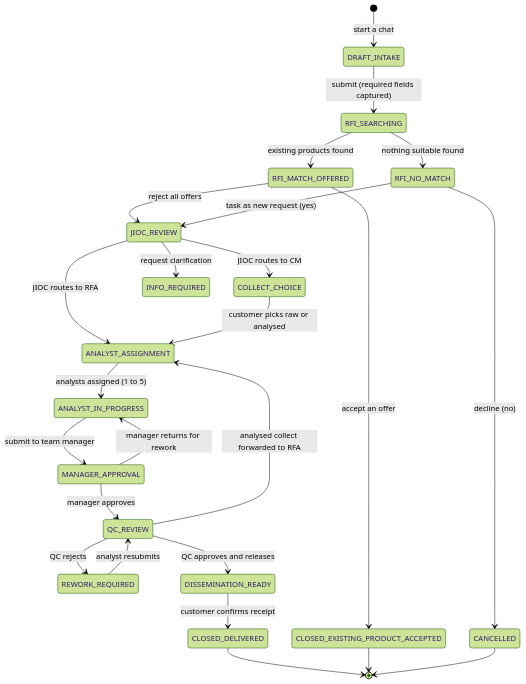
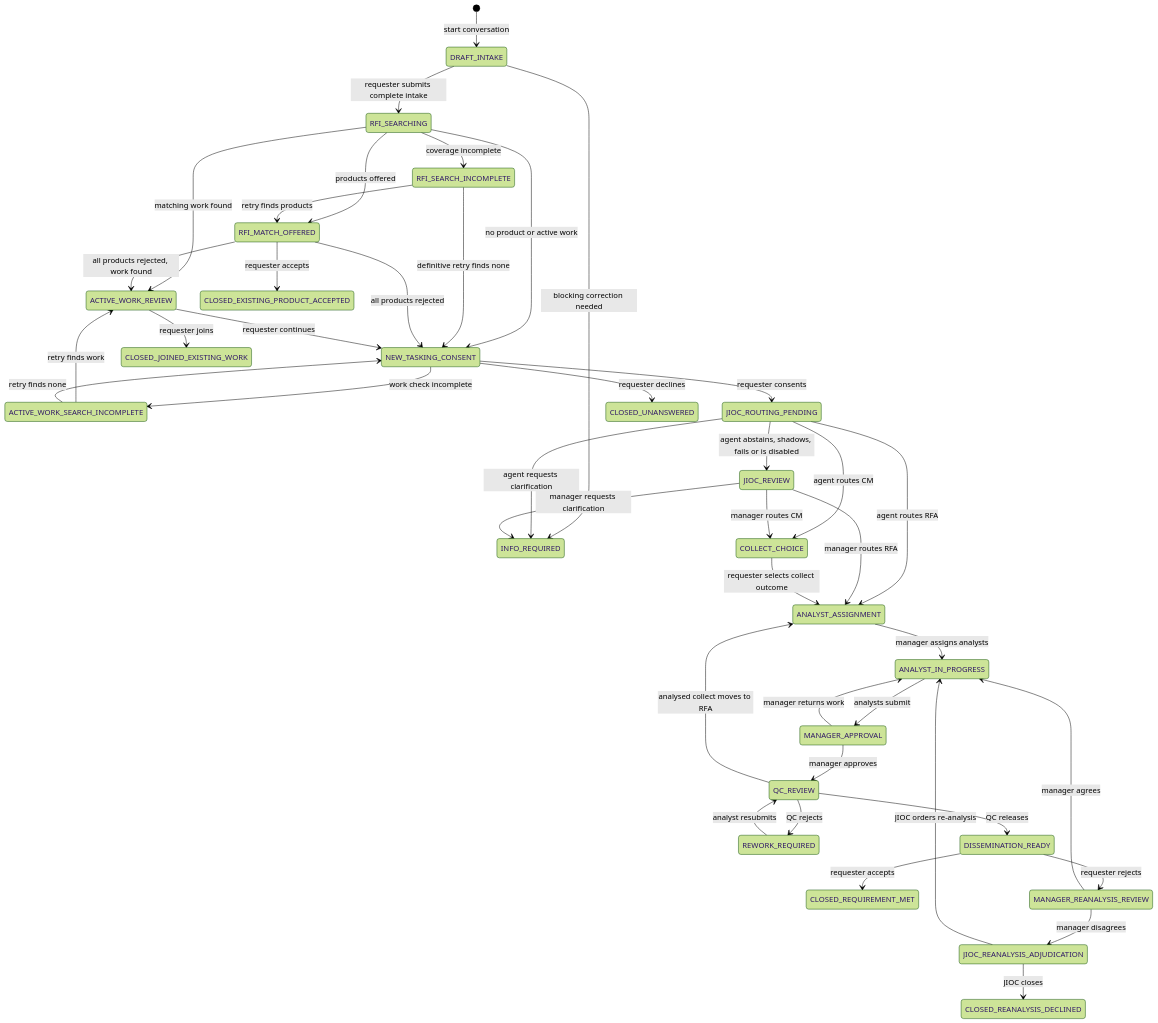
Before and after one commit to ShabalalaWATP/Coeus: the first of 3 diagrams in docs/ARCHITECTURE_WORKFLOW.md, drawn with Mermaid (forest theme). The commit also changed other lines of this file and 554 other files, not shown here.

````diff
--- a/docs/ARCHITECTURE_WORKFLOW.md
+++ b/docs/ARCHITECTURE_WORKFLOW.md
@@ -18,33 +30,49 @@
 ```mermaid
 stateDiagram-v2
-    [*] --> DRAFT_INTAKE: start a chat
-    DRAFT_INTAKE --> RFI_SEARCHING: submit (required fields captured)
-    RFI_SEARCHING --> RFI_MATCH_OFFERED: existing products found
-    RFI_SEARCHING --> RFI_NO_MATCH: nothing suitable found
+    [*] --> DRAFT_INTAKE: start conversation
+    DRAFT_INTAKE --> RFI_SEARCHING: requester submits complete intake
+    DRAFT_INTAKE --> INFO_REQUIRED: blocking correction needed
 
-    RFI_MATCH_OFFERED --> CLOSED_EXISTING_PRODUCT_ACCEPTED: accept an offer
-    RFI_MATCH_OFFERED --> JIOC_REVIEW: reject all offers
+    RFI_SEARCHING --> RFI_MATCH_OFFERED: products offered
+    RFI_SEARCHING --> RFI_SEARCH_INCOMPLETE: coverage incomplete
+    RFI_SEARCHING --> ACTIVE_WORK_REVIEW: matching work found
+    RFI_SEARCHING --> NEW_TASKING_CONSENT: no product or active work
+    RFI_SEARCH_INCOMPLETE --> RFI_MATCH_OFFERED: retry finds products
+    RFI_SEARCH_INCOMPLETE --> NEW_TASKING_CONSENT: definitive retry finds none
+    RFI_MATCH_OFFERED --> CLOSED_EXISTING_PRODUCT_ACCEPTED: requester accepts
+    RFI_MATCH_OFFERED --> ACTIVE_WORK_REVIEW: all products rejected, work found
+    RFI_MATCH_OFFERED --> NEW_TASKING_CONSENT: all products rejected
 
-    RFI_NO_MATCH --> JIOC_REVIEW: task as new request (yes)
-    RFI_NO_MATCH --> CANCELLED: decline (no)
+    ACTIVE_WORK_REVIEW --> CLOSED_JOINED_EXISTING_WORK: requester joins
+    ACTIVE_WORK_REVIEW --> NEW_TASKING_CONSENT: requester continues
+    NEW_TASKING_CONSENT --> ACTIVE_WORK_SEARCH_INCOMPLETE: work check incomplete
+    ACTIVE_WORK_SEARCH_INCOMPLETE --> ACTIVE_WORK_REVIEW: retry finds work
+    ACTIVE_WORK_SEARCH_INCOMPLETE --> NEW_TASKING_CONSENT: retry finds none
+    NEW_TASKING_CONSENT --> JIOC_ROUTING_PENDING: requester consents
+    NEW_TASKING_CONSENT --> CLOSED_UNANSWERED: requester declines
 
-    JIOC_REVIEW --> ANALYST_ASSIGNMENT: JIOC routes to RFA
-    JIOC_REVIEW --> COLLECT_CHOICE: JIOC routes to CM
-    JIOC_REVIEW --> INFO_REQUIRED: request clarification
-    COLLECT_CHOICE --> ANALYST_ASSIGNMENT: customer picks raw or analysed
+    JIOC_ROUTING_PENDING --> ANALYST_ASSIGNMENT: agent routes RFA
+    JIOC_ROUTING_PENDING --> COLLECT_CHOICE: agent routes CM
+    JIOC_ROUTING_PENDING --> INFO_REQUIRED: agent requests clarification
+    JIOC_ROUTING_PENDING --> JIOC_REVIEW: agent abstains, shadows, fails or is disabled
+    JIOC_REVIEW --> ANALYST_ASSIGNMENT: manager routes RFA
+    JIOC_REVIEW --> COLLECT_CHOICE: manager routes CM
+    JIOC_REVIEW --> INFO_REQUIRED: manager requests clarification
+    COLLECT_CHOICE --> ANALYST_ASSIGNMENT: requester selects collect outcome
 
-    ANALYST_ASSIGNMENT --> ANALYST_IN_PROGRESS: analysts assigned (1 to 5)
-    ANALYST_IN_PROGRESS --> MANAGER_APPROVAL: submit to team manager
-    MANAGER_APPROVAL --> ANALYST_IN_PROGRESS: manager returns for rework
+    ANALYST_ASSIGNMENT --> ANALYST_IN_PROGRESS: manager assigns analysts
+    ANALYST_IN_PROGRESS --> MANAGER_APPROVAL: analysts submit
+    MANAGER_APPROVAL --> ANALYST_IN_PROGRESS: manager returns work
     MANAGER_APPROVAL --> QC_REVIEW: manager approves
     QC_REVIEW --> REWORK_REQUIRED: QC rejects
     REWORK_REQUIRED --> QC_REVIEW: analyst resubmits
-    QC_REVIEW --> DISSEMINATION_READY: QC approves and releases
-    QC_REVIEW --> ANALYST_ASSIGNMENT: analysed collect forwarded to RFA
+    QC_REVIEW --> DISSEMINATION_READY: QC releases
+    QC_REVIEW --> ANALYST_ASSIGNMENT: analysed collect moves to RFA
 
-    DISSEMINATION_READY --> CLOSED_DELIVERED: customer confirms receipt
-    CLOSED_DELIVERED --> [*]
-
-    CLOSED_EXISTING_PRODUCT_ACCEPTED --> [*]
-    CANCELLED --> [*]
+    DISSEMINATION_READY --> CLOSED_REQUIREMENT_MET: requester accepts
+    DISSEMINATION_READY --> MANAGER_REANALYSIS_REVIEW: requester rejects
+    MANAGER_REANALYSIS_REVIEW --> ANALYST_IN_PROGRESS: manager agrees
+    MANAGER_REANALYSIS_REVIEW --> JIOC_REANALYSIS_ADJUDICATION: manager disagrees
+    JIOC_REANALYSIS_ADJUDICATION --> ANALYST_IN_PROGRESS: JIOC orders re-analysis
+    JIOC_REANALYSIS_ADJUDICATION --> CLOSED_REANALYSIS_DECLINED: JIOC closes
 ```
````
